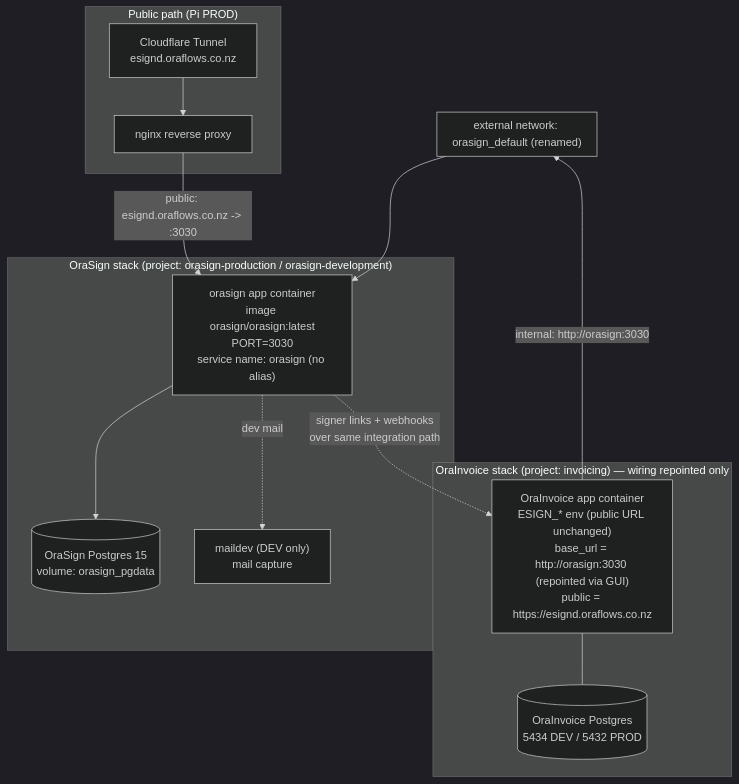
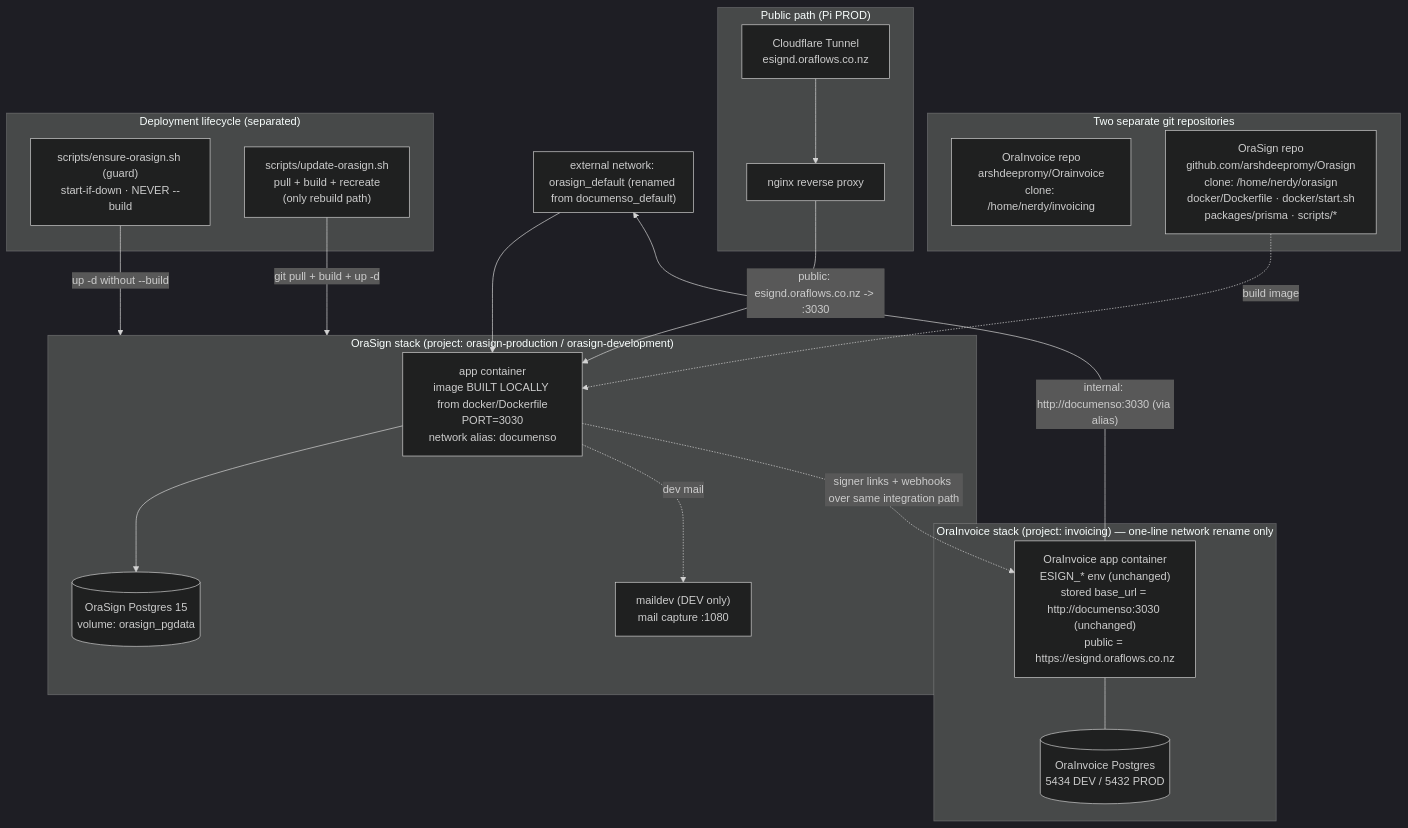
Before and after one commit to arshdeepromy/Orainvoice: the diagram in .kiro/specs/orasign-integration-rename/design.md, drawn with Mermaid (dark theme). The commit also changed other lines of this file and 2 other files, not shown here.

First line of the commit message:
Finalize orasign-integration-rename spec: standalone two-repo deployment

````diff
--- a/.kiro/specs/orasign-integration-rename/design.md
+++ b/.kiro/specs/orasign-integration-rename/design.md
@@ -51,30 +65,43 @@
 ```mermaid
 graph TB
+    subgraph REPOS["Two separate git repositories"]
+        OIR["OraInvoice repo<br/>arshdeepromy/Orainvoice<br/>clone: /home/nerdy/invoicing"]
+        OSR["OraSign repo<br/>github.com/arshdeepromy/Orasign<br/>clone: /home/nerdy/orasign<br/>docker/Dockerfile · docker/start.sh<br/>packages/prisma · scripts/*"]
+    end
+
     subgraph CF["Public path (Pi PROD)"]
         Tunnel["Cloudflare Tunnel<br/>esignd.oraflows.co.nz"]
         Nginx["nginx reverse proxy"]
     end
 
-    subgraph OINV["OraInvoice stack (project: invoicing) — wiring repointed only"]
-        OApp["OraInvoice app container<br/>ESIGN_* env (public URL unchanged)<br/>base_url = http://orasign:3030 (repointed via GUI)<br/>public = https://esignd.oraflows.co.nz"]
+    subgraph OINV["OraInvoice stack (project: invoicing) — one-line network rename only"]
+        OApp["OraInvoice app container<br/>ESIGN_* env (unchanged)<br/>stored base_url = http://documenso:3030 (unchanged)<br/>public = https://esignd.oraflows.co.nz"]
         ODB[("OraInvoice Postgres<br/>5434 DEV / 5432 PROD")]
         OApp --- ODB
     end
 
-    subgraph NET["external network: orasign_default (renamed)"]
+    subgraph NET["external network: orasign_default (renamed from documenso_default)"]
     end
 
     subgraph OSIGN["OraSign stack (project: orasign-production / orasign-development)"]
-        SApp["orasign app container<br/>image orasign/orasign:latest<br/>PORT=3030<br/>service name: orasign (no alias)"]
+        SApp["app container<br/>image BUILT LOCALLY from docker/Dockerfile<br/>PORT=3030<br/>network alias: documenso"]
         SDB[("OraSign Postgres 15<br/>volume: orasign_pgdata")]
-        Mail["maildev (DEV only)<br/>mail capture"]
+        Mail["maildev (DEV only)<br/>mail capture :1080"]
         SApp --> SDB
         SApp -.dev mail.-> Mail
     end
 
-    OApp -- "internal: http://orasign:3030" --> NET
+    subgraph LIFE["Deployment lifecycle (separated)"]
+        Guard["scripts/ensure-orasign.sh (guard)<br/>start-if-down · NEVER --build"]
+        Update["scripts/update-orasign.sh<br/>pull + build + recreate<br/>(only rebuild path)"]
+    end
+
+    OSR -. build image .-> SApp
+    Guard -->|up -d without --build| OSIGN
+    Update -->|git pull + build + up -d| OSIGN
+    OApp -- "internal: http://documenso:3030 (via alias)" --> NET
     NET --> SApp
     Tunnel --> Nginx
     Nginx -- "public: esignd.oraflows.co.nz -> :3030" --> SApp
-    SApp -. "signer links + webhooks<br/>over same integration path" .-> OApp
+    SApp -. "signer links + webhooks over same integration path" .-> OApp
 ```
````
